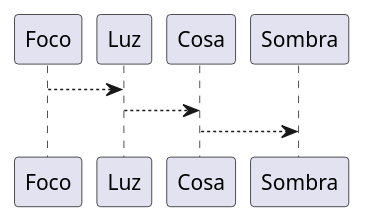
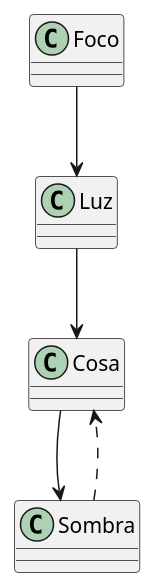
Before and after one commit to mmasias/24-25-IdSw1: the diagram in entregas/castilloCayetano/EjerciciosUML/Sombra/DiagramaClases.puml, drawn with PlantUML.

```diff
--- a/entregas/castilloCayetano/EjerciciosUML/Sombra/DiagramaClases.puml
+++ b/entregas/castilloCayetano/EjerciciosUML/Sombra/DiagramaClases.puml
@@ -1,5 +1,6 @@
 @startuml
 Foco --> Luz
 Luz --> Cosa
 Cosa --> Sombra
+Sombra ..> Cosa
 @enduml
```
